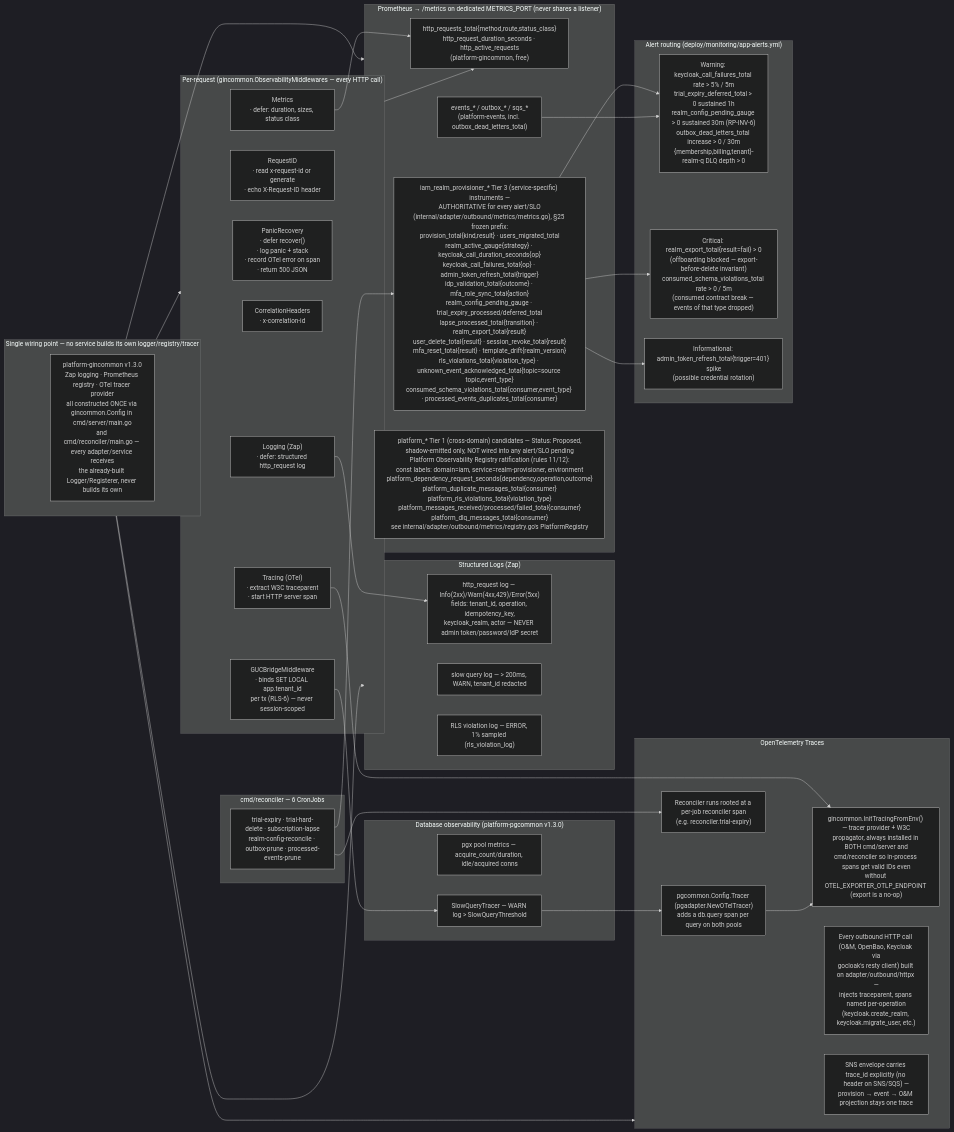
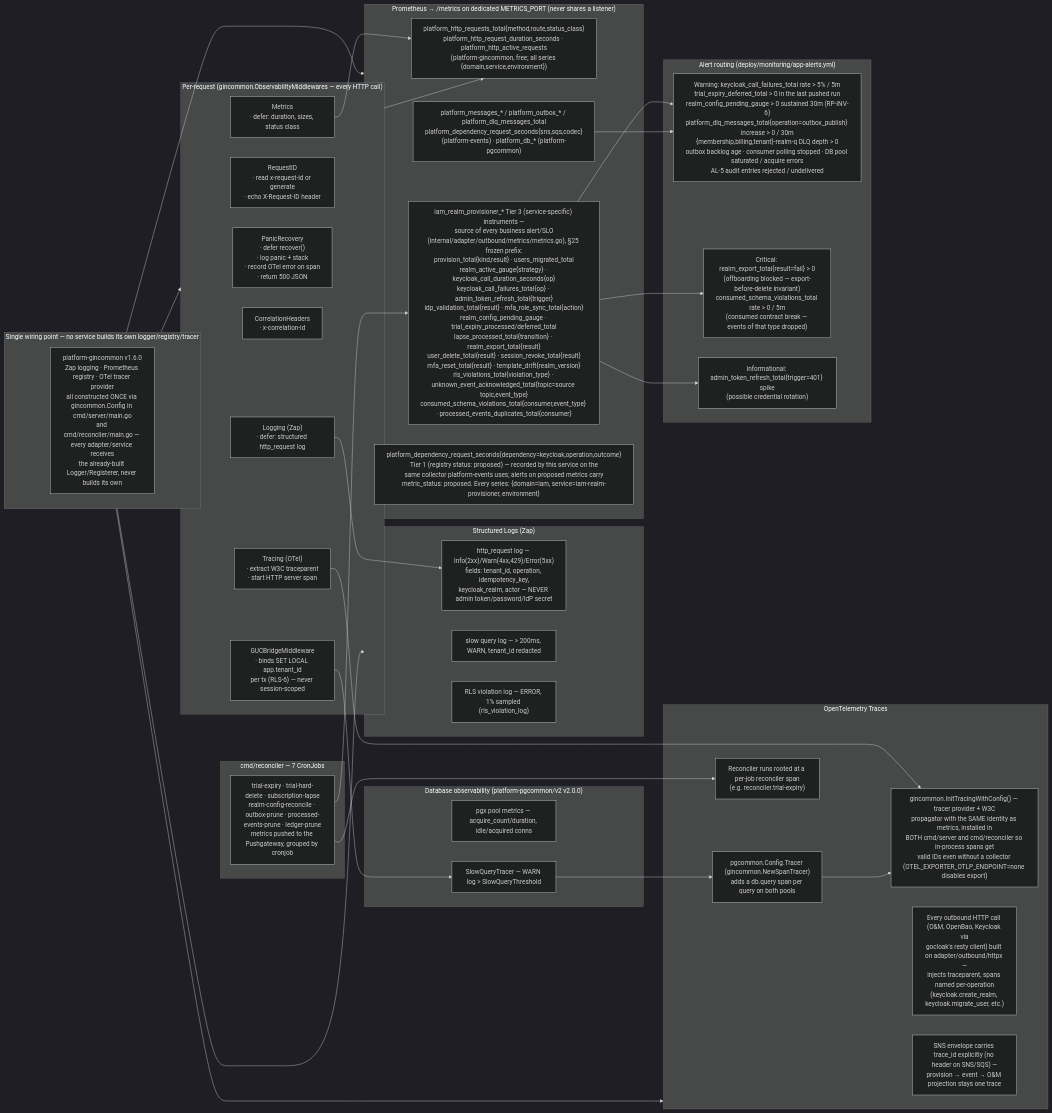
The eighth of 10 diagrams in ARCHITECTURE.md (BCBP-SOLUTIONS-FZC-LLC/iam-realm-provisioner), drawn with Mermaid (dark theme) before and after one commit. The commit also changed other lines of this file and 167 other files, not shown here.

First line of the commit message:
feat!: Observability Standard, latest platform libraries and production-readiness fixes (#14)

````diff
--- a/ARCHITECTURE.md
+++ b/ARCHITECTURE.md
@@ -622,70 +623,73 @@
 ```mermaid
 graph LR
     subgraph request["Per-request (gincommon.ObservabilityMiddlewares — every HTTP call)"]
         panic["PanicRecovery\n· defer recover()\n· log panic + stack\n· record OTel error on span\n· return 500 JSON"]
         reqid["RequestID\n· read x-request-id or generate\n· echo X-Request-ID header"]
         trace["Tracing (OTel)\n· extract W3C traceparent\n· start HTTP server span"]
         corr["CorrelationHeaders\n· x-correlation-id"]
         metricsmw["Metrics\n· defer: duration, sizes, status class"]
         logging["Logging (Zap)\n· defer: structured http_request log"]
         guc["GUCBridgeMiddleware\n· binds SET LOCAL app.tenant_id\nper tx (RLS-6) — never session-scoped"]
     end
 
     subgraph gincommon_only["Single wiring point — no service builds its own logger/registry/tracer"]
-        gc1["platform-gincommon v1.3.0\nZap logging · Prometheus registry · OTel tracer provider\nall constructed ONCE via gincommon.Config in cmd/server/main.go\nand cmd/reconciler/main.go — every adapter/service receives\nthe already-built Logger/Registerer, never builds its own"]
+        gc1["platform-gincommon v1.6.0\nZap logging · Prometheus registry · OTel tracer provider\nall constructed ONCE via gincommon.Config in cmd/server/main.go\nand cmd/reconciler/main.go — every adapter/service receives\nthe already-built Logger/Registerer, never builds its own"]
     end
 
     subgraph prom["Prometheus  →  /metrics on dedicated METRICS_PORT (never shares a listener)"]
-        p1["http_requests_total{method,route,status_class}\nhttp_request_duration_seconds · http_active_requests\n(platform-gincommon, free)"]
-        p2["events_* / outbox_* / sqs_*\n(platform-events, incl. outbox_dead_letters_total)"]
-        p3["iam_realm_provisioner_* Tier 3 (service-specific) instruments —\nAUTHORITATIVE for every alert/SLO\n(internal/adapter/outbound/metrics/metrics.go), §25 frozen prefix:\nprovision_total{kind,result} · users_migrated_total\nrealm_active_gauge{strategy} · keycloak_call_duration_seconds{op}\nkeycloak_call_failures_total{op} · admin_token_refresh_total{trigger}\nidp_validation_total{outcome} · mfa_role_sync_total{action}\nrealm_config_pending_gauge · trial_expiry_processed/deferred_total\nlapse_processed_total{transition} · realm_export_total{result}\nuser_delete_total{result} · session_revoke_total{result}\nmfa_reset_total{result} · template_drift{realm_version}\nrls_violations_total{violation_type} · unknown_event_acknowledged_total{topic=source topic,event_type}\nconsumed_schema_violations_total{consumer,event_type} · processed_events_duplicates_total{consumer}"]
-        p4["platform_* Tier 1 (cross-domain) candidates — Status: Proposed,\nshadow-emitted only, NOT wired into any alert/SLO pending\nPlatform Observability Registry ratification (rules 11/12):\nconst labels: domain=iam, service=realm-provisioner, environment\nplatform_dependency_request_seconds{dependency,operation,outcome}\nplatform_duplicate_messages_total{consumer}\nplatform_rls_violations_total{violation_type}\nplatform_messages_received/processed/failed_total{consumer}\nplatform_dlq_messages_total{consumer}\nsee internal/adapter/outbound/metrics/registry.go's PlatformRegistry"]
+        p1["platform_http_requests_total{method,route,status_class}\nplatform_http_request_duration_seconds · platform_http_active_requests\n(platform-gincommon, free; all series {domain,service,environment})"]
+        p2["platform_messages_* / platform_outbox_* / platform_dlq_messages_total\nplatform_dependency_request_seconds{sns,sqs,codec}\n(platform-events) · platform_db_* (platform-pgcommon)"]
+        p3["iam_realm_provisioner_* Tier 3 (service-specific) instruments —\nsource of every business alert/SLO\n(internal/adapter/outbound/metrics/metrics.go), §25 frozen prefix:\nprovision_total{kind,result} · users_migrated_total\nrealm_active_gauge{strategy} · keycloak_call_duration_seconds{op}\nkeycloak_call_failures_total{op} · admin_token_refresh_total{trigger}\nidp_validation_total{result} · mfa_role_sync_total{action}\nrealm_config_pending_gauge · trial_expiry_processed/deferred_total\nlapse_processed_total{transition} · realm_export_total{result}\nuser_delete_total{result} · session_revoke_total{result}\nmfa_reset_total{result} · template_drift{realm_version}\nrls_violations_total{violation_type} · unknown_event_acknowledged_total{topic=source topic,event_type}\nconsumed_schema_violations_total{consumer,event_type} · processed_events_duplicates_total{consumer}"]
+        p4["platform_dependency_request_seconds{dependency=keycloak,operation,outcome}
+Tier 1 (registry status: proposed) — recorded by this service on the
+same collector platform-events uses; alerts on proposed metrics carry
+metric_status: proposed. Every series: {domain=iam, service=iam-realm-provisioner, environment}"]
     end
 
     subgraph otel["OpenTelemetry Traces"]
-        ot1["gincommon.InitTracingFromEnv() — tracer provider + W3C\npropagator, always installed in BOTH cmd/server and\ncmd/reconciler so in-process spans get valid IDs even\nwithout OTEL_EXPORTER_OTLP_ENDPOINT (export is a no-op)"]
-        ot2["pgcommon.Config.Tracer (pgadapter.NewOTelTracer)\nadds a db.query span per query on both pools"]
+        ot1["gincommon.InitTracingWithConfig() — tracer provider + W3C\npropagator with the SAME identity as metrics, installed in\nBOTH cmd/server and cmd/reconciler so in-process spans get\nvalid IDs even without a collector (OTEL_EXPORTER_OTLP_ENDPOINT=none disables export)"]
+        ot2["pgcommon.Config.Tracer (gincommon.NewSpanTracer)\nadds a db.query span per query on both pools"]
         ot3["Every outbound HTTP call (O&M, OpenBao, Keycloak via\ngocloak's resty client) built on adapter/outbound/httpx —\ninjects traceparent, spans named per-operation\n(keycloak.create_realm, keycloak.migrate_user, etc.)"]
         ot4["SNS envelope carries trace_id explicitly (no header on SNS/SQS) —\nprovision → event → O&M projection stays one trace"]
         ot5["Reconciler runs rooted at a per-job reconciler span\n(e.g. reconciler.trial-expiry)"]
     end
 
     subgraph logs["Structured Logs (Zap)"]
         l1["http_request log — Info(2xx)/Warn(4xx,429)/Error(5xx)\nfields: tenant_id, operation, idempotency_key,\nkeycloak_realm, actor — NEVER admin token/password/IdP secret"]
         l2["slow query log — > 200ms, WARN, tenant_id redacted"]
         l3["RLS violation log — ERROR, 1% sampled (rls_violation_log)"]
     end
 
-    subgraph db_obs["Database observability (platform-pgcommon v1.3.0)"]
+    subgraph db_obs["Database observability (platform-pgcommon/v2 v2.0.0)"]
         db1["pgx pool metrics — acquire_count/duration, idle/acquired conns"]
         db2["SlowQueryTracer — WARN log > SlowQueryThreshold"]
     end
 
-    subgraph cron["cmd/reconciler — 6 CronJobs"]
-        c1["trial-expiry · trial-hard-delete · subscription-lapse\nrealm-config-reconcile · outbox-prune · processed-events-prune"]
+    subgraph cron["cmd/reconciler — 7 CronJobs"]
+        c1["trial-expiry · trial-hard-delete · subscription-lapse\nrealm-config-reconcile · outbox-prune · processed-events-prune · ledger-prune\nmetrics pushed to the Pushgateway, grouped by cronjob"]
     end
 
     subgraph alerts["Alert routing (deploy/monitoring/app-alerts.yml)"]
-        a1["Warning: keycloak_call_failures_total rate > 5% / 5m\ntrial_expiry_deferred_total > 0 sustained 1h\nrealm_config_pending_gauge > 0 sustained 30m (RP-INV-6)\noutbox_dead_letters_total increase > 0 / 30m\n{membership,billing,tenant}-realm-q DLQ depth > 0"]
+        a1["Warning: keycloak_call_failures_total rate > 5% / 5m\ntrial_expiry_deferred_total > 0 in the last pushed run\nrealm_config_pending_gauge > 0 sustained 30m (RP-INV-6)\nplatform_dlq_messages_total{operation=outbox_publish} increase > 0 / 30m\n{membership,billing,tenant}-realm-q DLQ depth > 0\noutbox backlog age · consumer polling stopped · DB pool saturated / acquire errors\nAL-5 audit entries rejected / undelivered"]
         a2["Critical: realm_export_total{result=fail} > 0\n(offboarding blocked — export-before-delete invariant)\nconsumed_schema_violations_total rate > 0 / 5m\n(consumed contract break — events of that type dropped)"]
         a3["Informational: admin_token_refresh_total{trigger=401} spike\n(possible credential rotation)"]
     end
 
     gincommon_only --> request
     gincommon_only --> prom
     gincommon_only --> logs
     gincommon_only --> otel
     request --> p1
     metricsmw --> p1
     trace --> ot1
     logging --> l1
     guc --> db2
     db2 --> ot2
     ot2 --> ot1
     c1 --> p3
     c1 --> ot5
     p3 --> a1
     p3 --> a2
     p3 --> a3
     p2 --> a1
 ```
````
